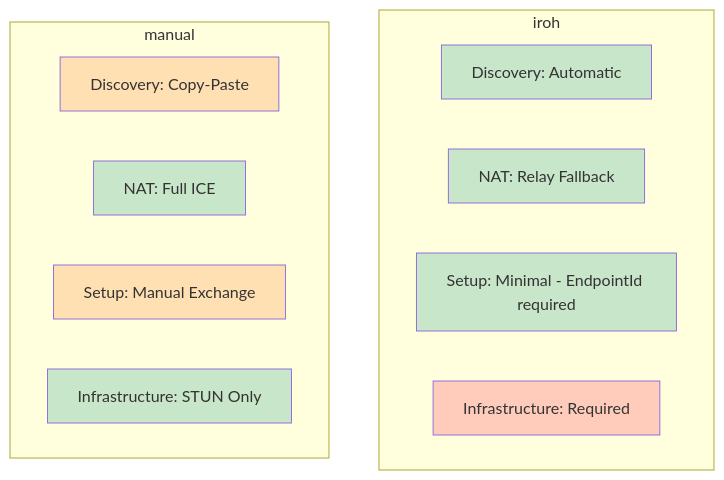
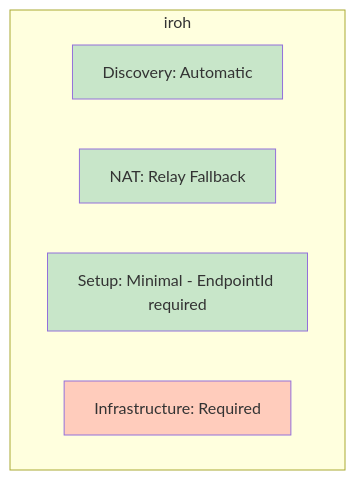
The third of 22 diagrams in docs/ARCHITECTURE.md (andrewtheguy/tunnel-rs), drawn with Mermaid before and after one commit. The commit also changed other lines of this file and 54 other files, not shown here.

````diff
--- a/docs/ARCHITECTURE.md
+++ b/docs/ARCHITECTURE.md
@@ -131,26 +81,14 @@
 ```mermaid
 graph TD
     subgraph "iroh"
         A1[Discovery: Automatic]
         A2[NAT: Relay Fallback]
         A3[Setup: Minimal - EndpointId required]
         A4[Infrastructure: Required]
     end
 
-    subgraph "manual"
-        C1[Discovery: Copy-Paste]
-        C2[NAT: Full ICE]
-        C3[Setup: Manual Exchange]
-        C4[Infrastructure: STUN Only]
-    end
-
     style A1 fill:#C8E6C9
     style A2 fill:#C8E6C9
     style A3 fill:#C8E6C9
     style A4 fill:#FFCCBC
-
-    style C1 fill:#FFE0B2
-    style C2 fill:#C8E6C9
-    style C3 fill:#FFE0B2
-    style C4 fill:#C8E6C9
 ```
````
